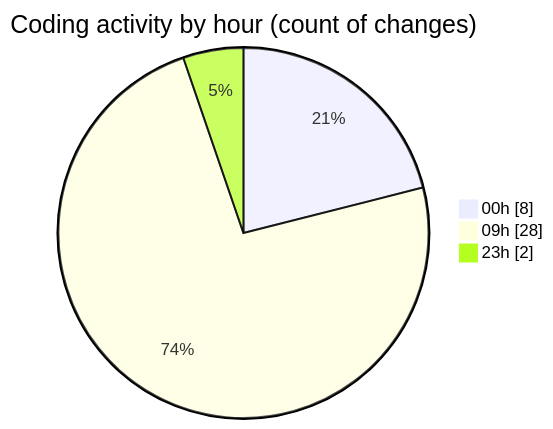
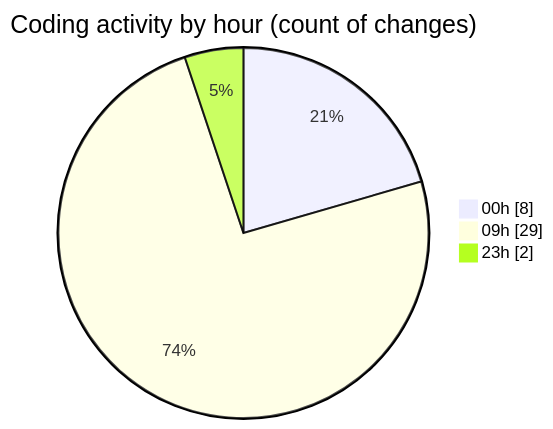
One commit to momahboobian/code-tracking changed the second of 2 diagrams in 2025-12-18/cda/README.md. Above: the diagram before and after it, drawn with Mermaid. The commit also changed other lines of this file and 1 other file, not shown here.

````diff
--- a/2025-12-18/cda/README.md
+++ b/2025-12-18/cda/README.md
@@ -45,7 +45,7 @@
 ```mermaid
 pie showData
 title Coding activity by hour (count of changes)
 "00h" : 8
-"09h" : 28
+"09h" : 29
 "23h" : 2
 ```
````
